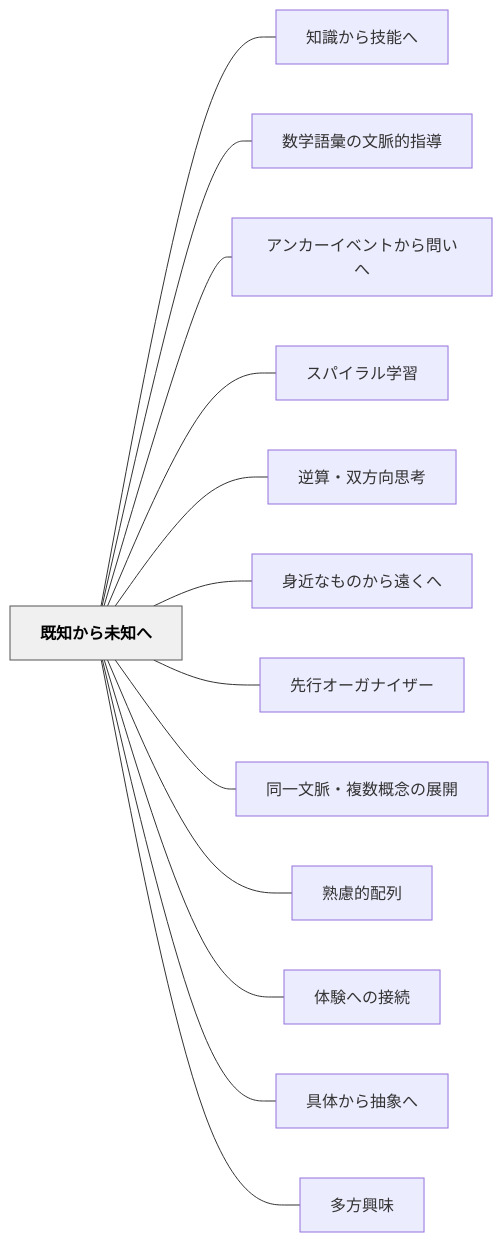
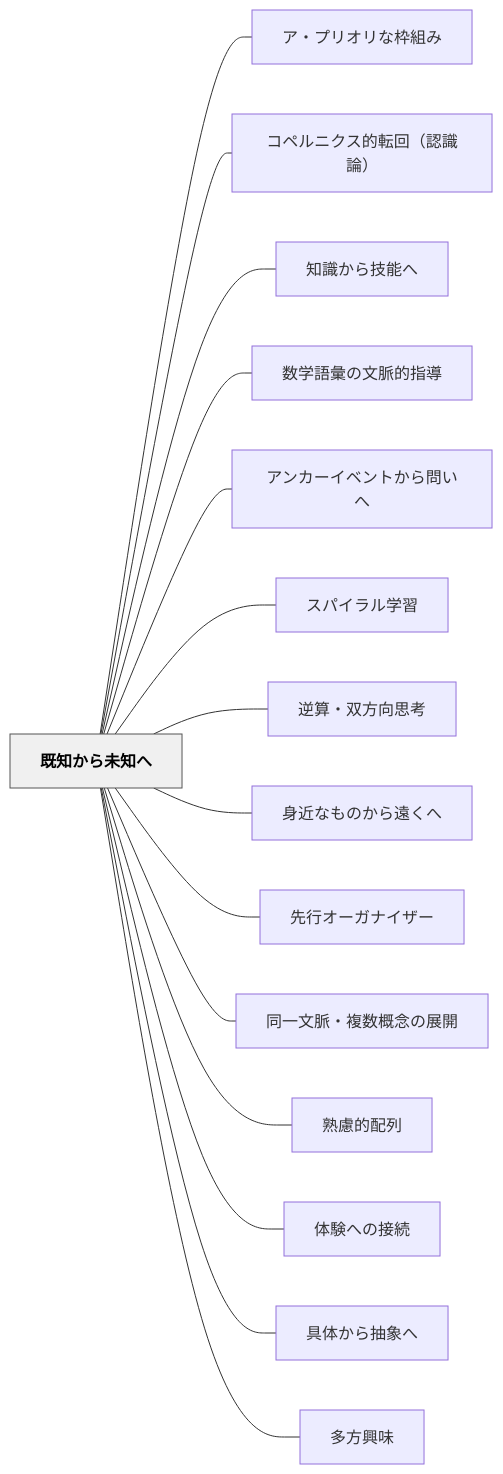
One commit to unknownthings-ed-patterns/unknownthings-ed-patterns changed the diagram in content/パタン/既知から未知へ.md. Above: the diagram before and after it, drawn with Mermaid. The commit also changed other lines of this file and 18 other files, not shown here.

````diff
--- a/content/パタン/既知から未知へ.md
+++ b/content/パタン/既知から未知へ.md
@@ -47,32 +47,36 @@
 ```mermaid
 flowchart LR
     ne697a2e79fa5e3818be38289e69caae79fa5e381b8["既知から未知へ"]
+    ne382a2e383bbe38397e383aae382aae383aae381aae69ea0e7b584e381bf["ア・プリオリな枠組み"]
+    ne382b3e3839ae383abe3838be382afe382b9e79a84e8bba2e59b9eefbc88e8aa8de8ad98e8ab96efbc89["コペルニクス的転回（認識論）"]
     ne79fa5e8ad98e3818be38289e68a80e883bde381b8["知識から技能へ"]
     ne695b0e5ada6e8aa9ee5bd99e381aee69687e88488e79a84e68c87e5b08e["数学語彙の文脈的指導"]
     ne382a2e383b3e382abe383bce382a4e38399e383b3e38388e3818be38289e5958fe38184e381b8["アンカーイベントから問いへ"]
     ne382b9e38391e382a4e383a9e383abe5ada6e7bf92["スパイラル学習"]
     ne98086e7ae97e383bbe58f8ce696b9e59091e6809de88083["逆算・双方向思考"]
     ne8baabe8bf91e381aae38282e381aee3818be38289e981a0e3818fe381b8["身近なものから遠くへ"]
     ne58588e8a18ce382aae383bce382ace3838ae382a4e382b6e383bc["先行オーガナイザー"]
     ne5908ce4b880e69687e88488e383bbe8a487e695b0e6a682e5bfb5e381aee5b195e9968b["同一文脈・複数概念の展開"]
     ne7869fe685aee79a84e9858de58897["熟慮的配列"]
     ne4bd93e9a893e381b8e381aee68ea5e7b69a["体験への接続"]
     ne585b7e4bd93e3818be38289e68abde8b1a1e381b8["具体から抽象へ"]
     ne5a49ae696b9e88888e591b3["多方興味"]
 
+    ne697a2e79fa5e3818be38289e69caae79fa5e381b8 --- ne382a2e383bbe38397e383aae382aae383aae381aae69ea0e7b584e381bf
+    ne697a2e79fa5e3818be38289e69caae79fa5e381b8 --- ne382b3e3839ae383abe3838be382afe382b9e79a84e8bba2e59b9eefbc88e8aa8de8ad98e8ab96efbc89
     ne697a2e79fa5e3818be38289e69caae79fa5e381b8 --- ne79fa5e8ad98e3818be38289e68a80e883bde381b8
     ne697a2e79fa5e3818be38289e69caae79fa5e381b8 --- ne695b0e5ada6e8aa9ee5bd99e381aee69687e88488e79a84e68c87e5b08e
     ne697a2e79fa5e3818be38289e69caae79fa5e381b8 --- ne382a2e383b3e382abe383bce382a4e38399e383b3e38388e3818be38289e5958fe38184e381b8
     ne697a2e79fa5e3818be38289e69caae79fa5e381b8 --- ne382b9e38391e382a4e383a9e383abe5ada6e7bf92
     ne697a2e79fa5e3818be38289e69caae79fa5e381b8 --- ne98086e7ae97e383bbe58f8ce696b9e59091e6809de88083
     ne697a2e79fa5e3818be38289e69caae79fa5e381b8 --- ne8baabe8bf91e381aae38282e381aee3818be38289e981a0e3818fe381b8
     ne697a2e79fa5e3818be38289e69caae79fa5e381b8 --- ne58588e8a18ce382aae383bce382ace3838ae382a4e382b6e383bc
     ne697a2e79fa5e3818be38289e69caae79fa5e381b8 --- ne5908ce4b880e69687e88488e383bbe8a487e695b0e6a682e5bfb5e381aee5b195e9968b
     ne697a2e79fa5e3818be38289e69caae79fa5e381b8 --- ne7869fe685aee79a84e9858de58897
     ne697a2e79fa5e3818be38289e69caae79fa5e381b8 --- ne4bd93e9a893e381b8e381aee68ea5e7b69a
     ne697a2e79fa5e3818be38289e69caae79fa5e381b8 --- ne585b7e4bd93e3818be38289e68abde8b1a1e381b8
     ne697a2e79fa5e3818be38289e69caae79fa5e381b8 --- ne5a49ae696b9e88888e591b3
 
     classDef hub fill:#f0f0f0,stroke:#555,color:#000,font-weight:bold
     class ne697a2e79fa5e3818be38289e69caae79fa5e381b8 hub
 ```
````
